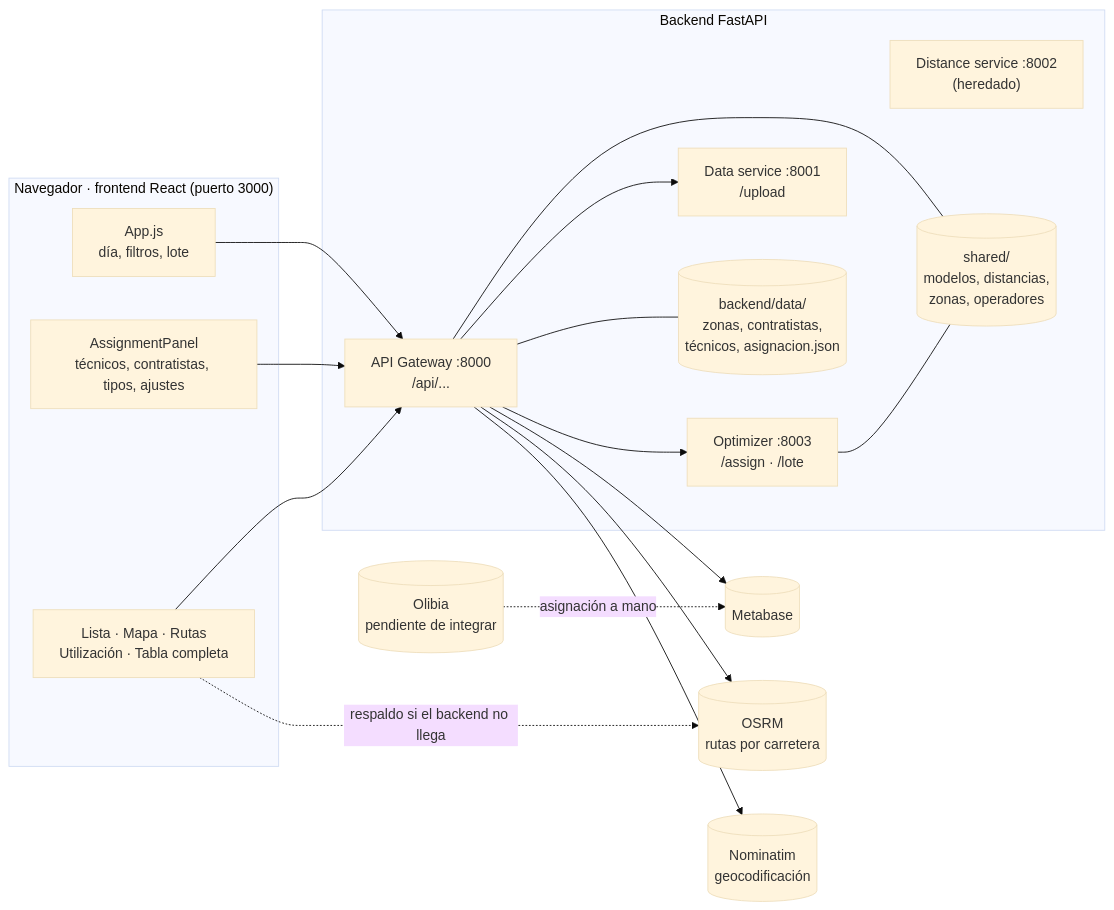
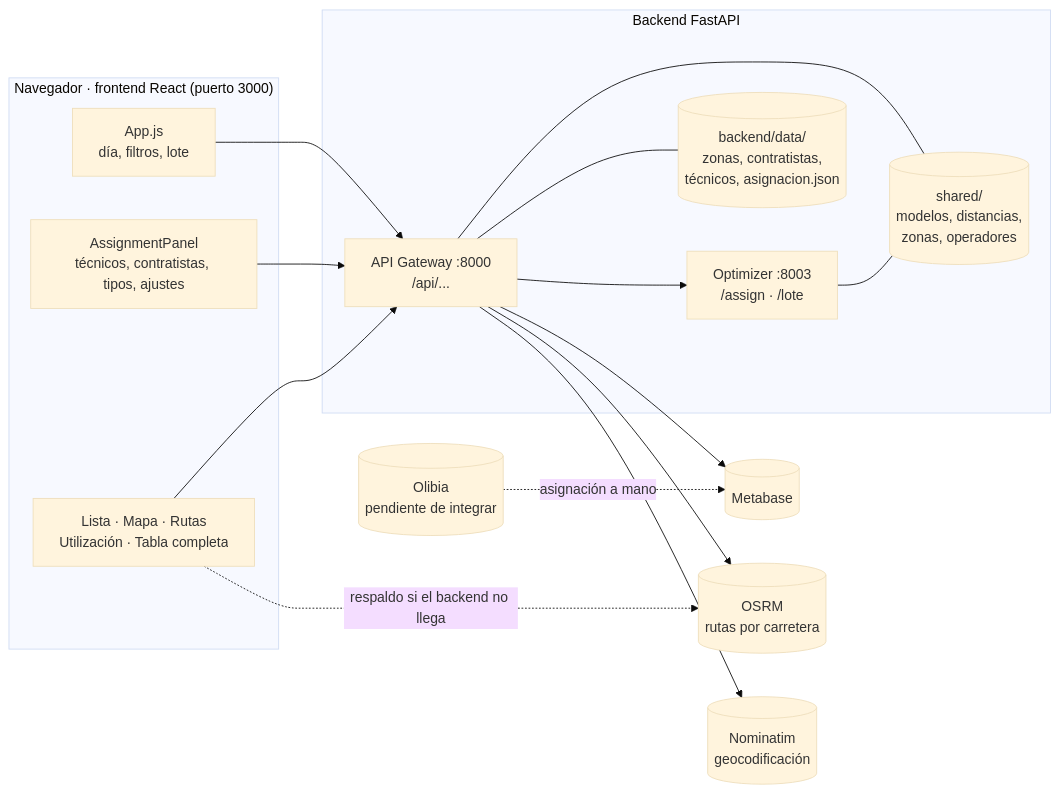
One commit to dinovisanchez/Ruteo changed the first of 3 diagrams in docs/ARQUITECTURA.md. Above: the diagram before and after it, drawn with Mermaid (base theme). The commit also changed other lines of this file and 1 other file, not shown here.

````diff
--- a/docs/ARQUITECTURA.md
+++ b/docs/ARQUITECTURA.md
@@ -7,36 +7,33 @@
 ```mermaid
 flowchart LR
   subgraph Navegador["Navegador · frontend React (puerto 3000)"]
     App["App.js<br/>día, filtros, lote"]
     Panel["AssignmentPanel<br/>técnicos, contratistas, tipos, ajustes"]
     Vistas["Lista · Mapa · Rutas<br/>Utilización · Tabla completa"]
   end
 
   subgraph Backend["Backend FastAPI"]
     GW["API Gateway :8000<br/>/api/..."]
     OPT["Optimizer :8003<br/>/assign · /lote"]
-    DATA["Data service :8001<br/>/upload"]
-    DIST["Distance service :8002<br/>(heredado)"]
     Shared[("shared/<br/>modelos, distancias,<br/>zonas, operadores")]
     Files[("backend/data/<br/>zonas, contratistas,<br/>técnicos, asignacion.json")]
   end
 
   Metabase[(Metabase)]
   OSRM[(OSRM<br/>rutas por carretera)]
   Nominatim[(Nominatim<br/>geocodificación)]
   Olibia[(Olibia<br/>pendiente de integrar)]
 
   App --> GW
   Panel --> GW
   Vistas --> GW
   GW --> OPT
-  GW --> DATA
   GW --> Metabase
   GW --> Nominatim
   GW --> OSRM
   Vistas -. respaldo si el backend no llega .-> OSRM
   GW --- Shared
   OPT --- Shared
   GW --- Files
   Olibia -. asignación a mano .-> Metabase
 ```
````
